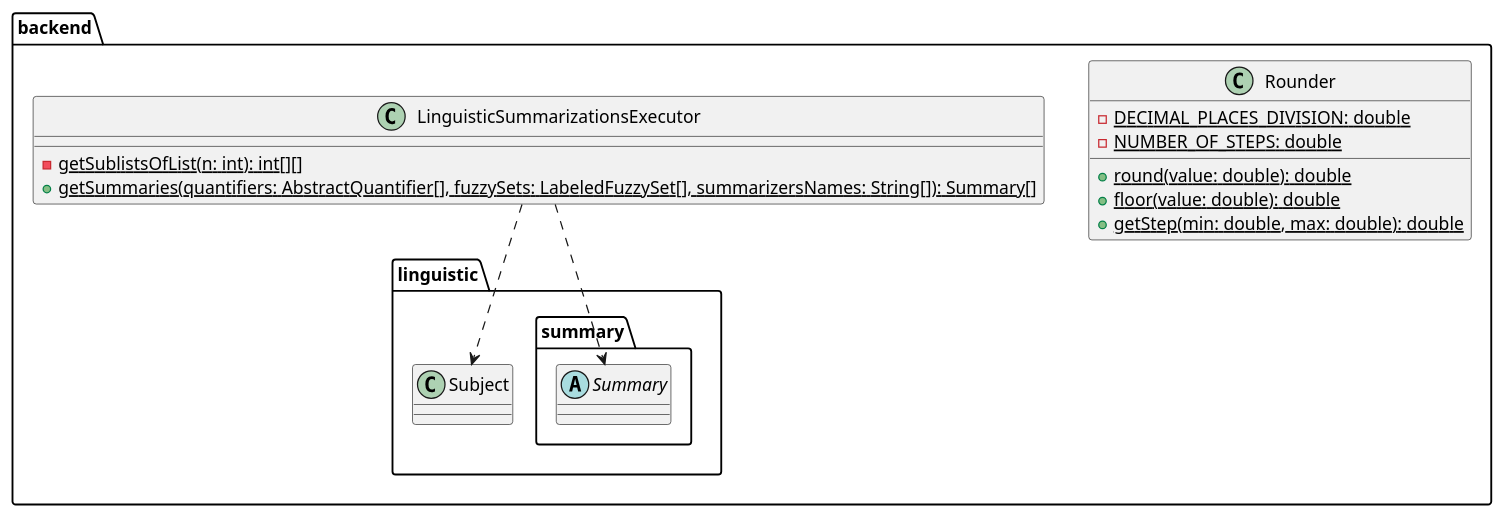
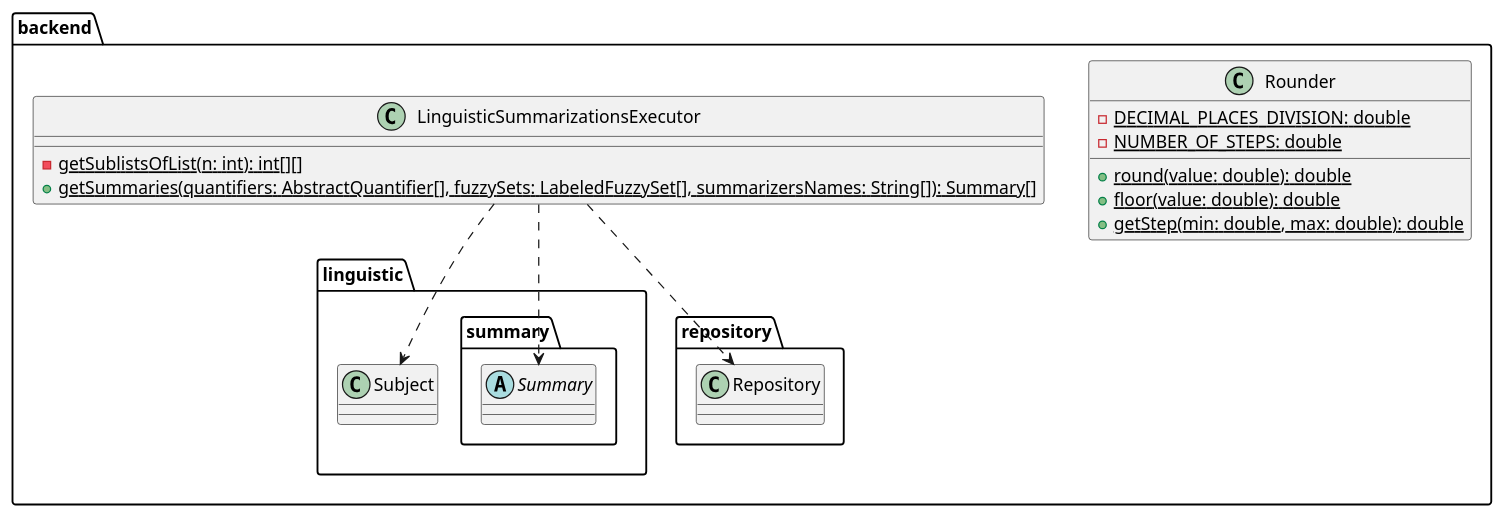
Before and after one commit to kambed/Computer-Recognition-Systems: the eighth of 9 diagrams in task2/README.md, drawn with PlantUML. The commit also changed other lines of this file, not shown here.

Commit message:
Add Repository and model connections

````diff
--- a/task2/README.md
+++ b/task2/README.md
@@ -378,23 +379,27 @@
 ```plantuml
 package backend {
     class Rounder {
         - {static} DECIMAL_PLACES_DIVISION: double
         - {static} NUMBER_OF_STEPS: double
         + {static} round(value: double): double
         + {static} floor(value: double): double
         + {static} getStep(min: double, max: double): double
     }
     class LinguisticSummarizationsExecutor {
         - {static} getSublistsOfList(n: int): int[][]
         + {static} getSummaries(quantifiers: AbstractQuantifier[], fuzzySets: LabeledFuzzySet[], summarizersNames: String[]): Summary[]
     }
     package linguistic {
         package summary {
             abstract class Summary
         }
         class Subject
     }
+    package repository {
+        class Repository
+    }
     LinguisticSummarizationsExecutor ..> Summary
     LinguisticSummarizationsExecutor ..> Subject
+    LinguisticSummarizationsExecutor ..> Repository
 }
 ```
````
